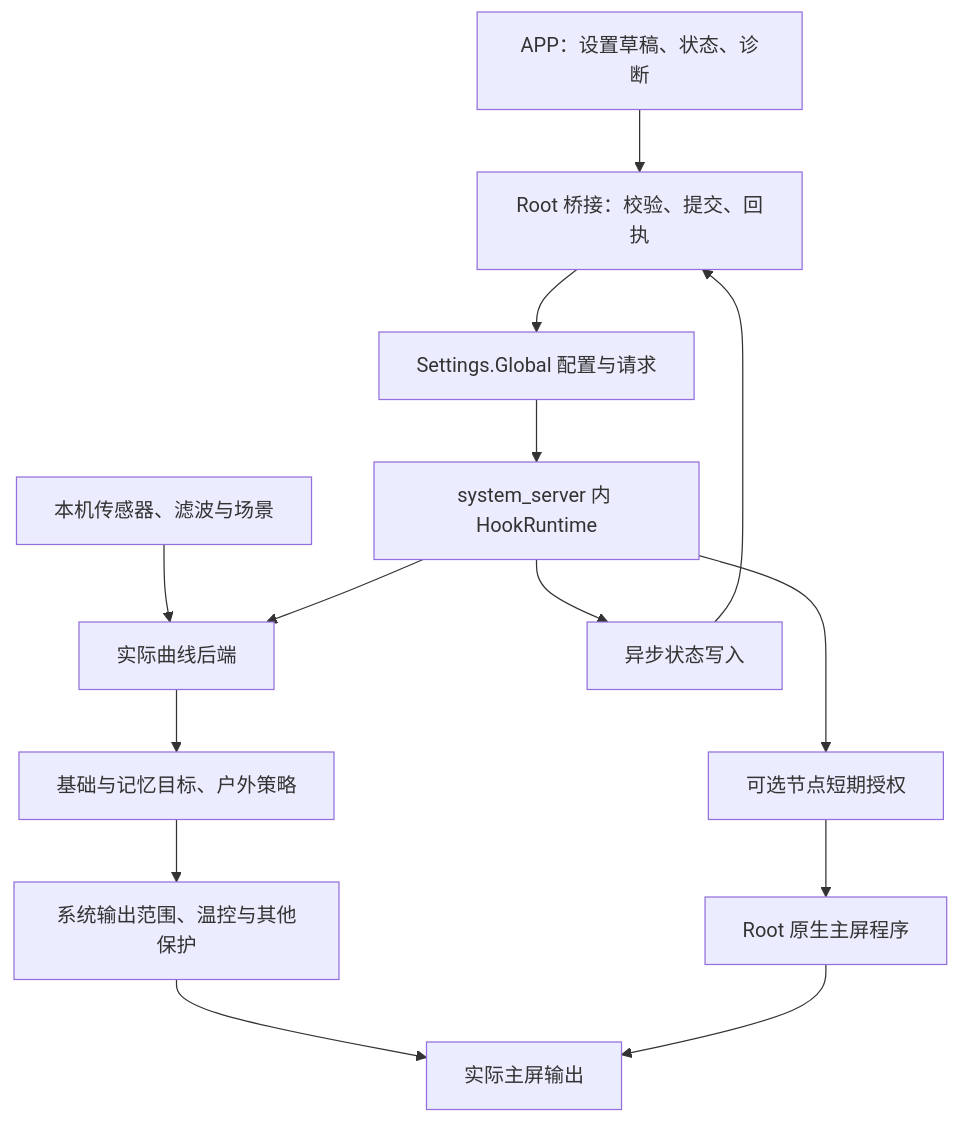
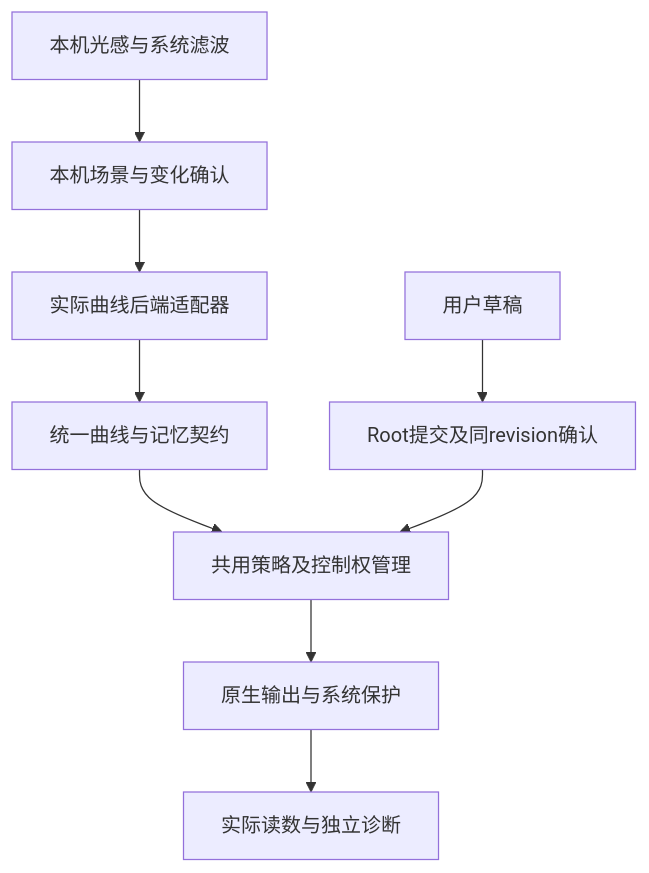
Before and after one commit to RongShangs/LumaCurve: the diagram in PROJECT.md, drawn with Mermaid. The commit also changed other lines of this file and 119 other files, not shown here.

````diff
--- a/PROJECT.md
+++ b/PROJECT.md
@@ -293,16 +33,11 @@
 ```mermaid
 flowchart TD
-    UI[APP：设置草稿、状态、诊断] --> ROOT[Root 桥接：校验、提交、回执]
-    ROOT --> SETTINGS[Settings.Global 配置与请求]
-    SETTINGS --> ENGINE[system_server 内 HookRuntime]
-    OEM[本机传感器、滤波与场景] --> BACKEND[实际曲线后端]
-    ENGINE --> BACKEND
-    BACKEND --> TARGET[基础与记忆目标、户外策略]
-    TARGET --> LIMIT[系统输出范围、温控与其他保护]
-    LIMIT --> PANEL[实际主屏输出]
-    ENGINE --> WRITER[异步状态写入]
-    WRITER --> ROOT
-    ENGINE --> LEASE[可选节点短期授权]
-    LEASE --> NATIVE[Root 原生主屏程序]
-    NATIVE --> PANEL
+  A[本机光感与系统滤波] --> B[本机场景与变化确认]
+  B --> C[实际曲线后端适配器]
+  C --> D[统一曲线与记忆契约]
+  D --> E[共用策略及控制权管理]
+  E --> F[原生输出与系统保护]
+  F --> G[实际读数与独立诊断]
+  H[用户草稿] --> I[Root提交及同revision确认]
+  I --> E
 ```
````
